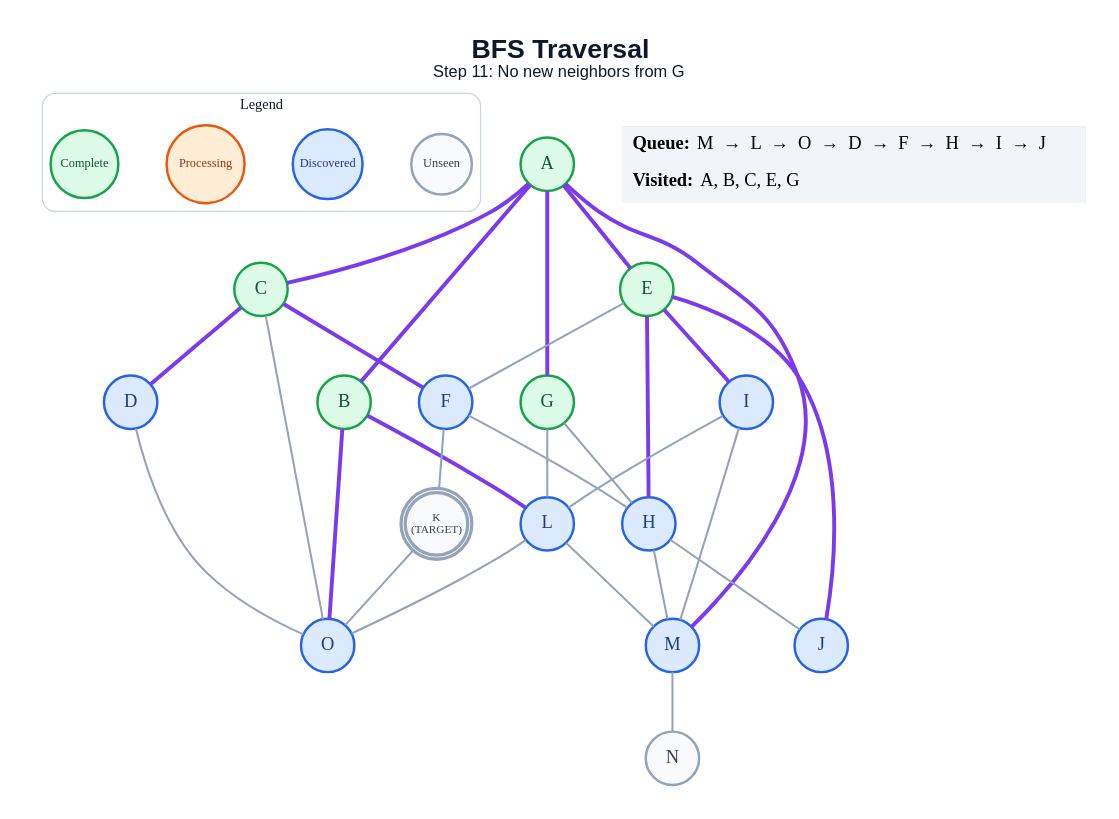
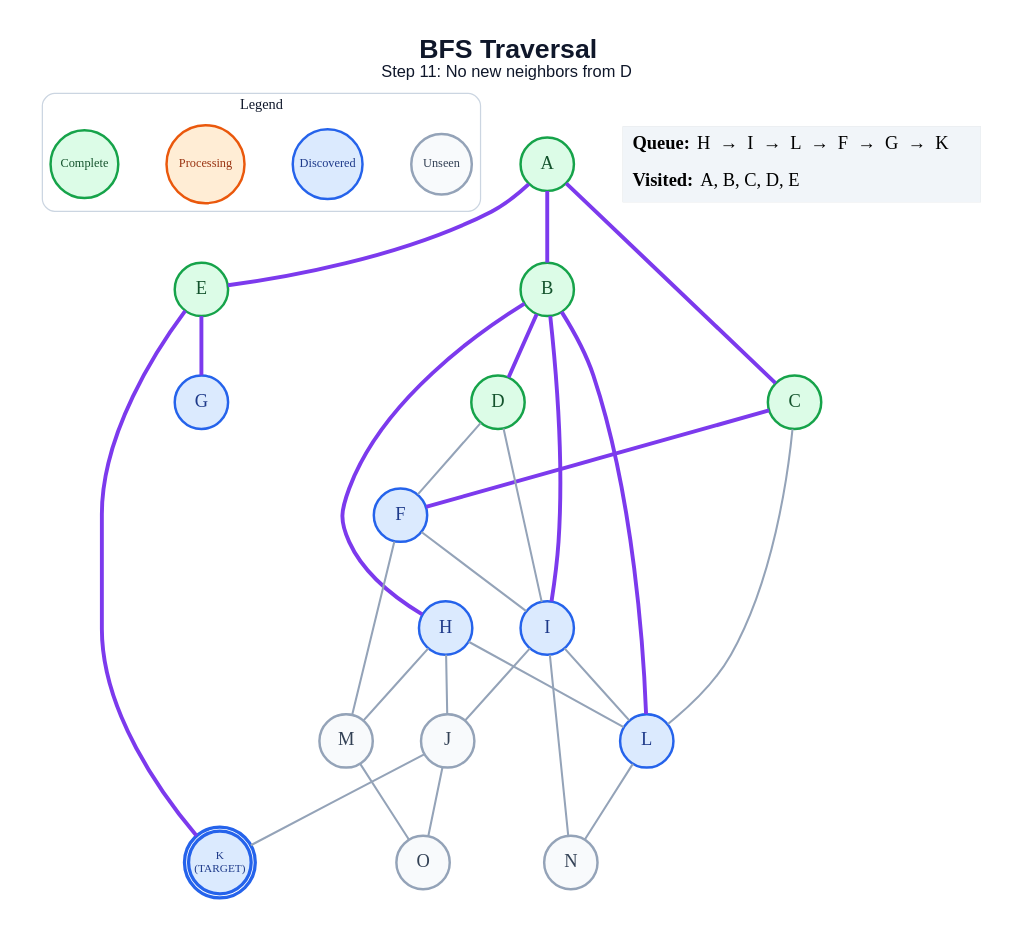
One commit to anon7238593-create/ai-slop changed the diagram in generated/specific-node/bfs/step_11.dot. Above: the diagram before and after it, drawn with Graphviz. The commit also changed 277 other files, not shown here.

```diff
--- a/generated/specific-node/bfs/step_11.dot
+++ b/generated/specific-node/bfs/step_11.dot
@@ -1,61 +1,59 @@
 graph traversal {
   graph [layout=dot, rankdir=TB, bgcolor="#FFFFFF", pad="0.35", nodesep="0.65", ranksep="0.8", fontname="Arial"];
   node [shape=circle, style="filled", fontname="Arial Bold", fontsize=18, width=0.72, fixedsize=true, penwidth=2.4];
   edge [color="#94A3B8", penwidth=2.0];
-  label=<<B>BFS Traversal</B><BR/><FONT POINT-SIZE="16">Step 11: No new neighbors from G</FONT>>; labelloc="t"; fontsize=26; fontname="Arial"; fontcolor="#0F172A";
+  label=<<B>BFS Traversal</B><BR/><FONT POINT-SIZE="16">Step 11: No new neighbors from D</FONT>>; labelloc="t"; fontsize=26; fontname="Arial"; fontcolor="#0F172A";
   subgraph cluster_legend { label="Legend"; color="#CBD5E1"; penwidth=1.2; style="rounded"; fontsize=14; fontname="Arial Bold";
     key_unseen [label="Unseen", fillcolor="#F8FAFC", color="#94A3B8", fontcolor="#334155", fontsize=12, width=0.82];
     key_frontier [label="Discovered", fillcolor="#DBEAFE", color="#2563EB", fontcolor="#1E3A8A", fontsize=12, width=0.95];
     key_current [label="Processing", fillcolor="#FFEDD5", color="#EA580C", fontcolor="#9A3412", fontsize=12, width=1.05];
     key_done [label="Complete", fillcolor="#DCFCE7", color="#16A34A", fontcolor="#14532D", fontsize=12, width=0.92];
     { rank=same; key_unseen; key_frontier; key_current; key_done; }
   }
   A [label="A", fillcolor="#DCFCE7", color="#16A34A", fontcolor="#14532D", peripheries=1, penwidth=2.4];
   B [label="B", fillcolor="#DCFCE7", color="#16A34A", fontcolor="#14532D", peripheries=1, penwidth=2.4];
   C [label="C", fillcolor="#DCFCE7", color="#16A34A", fontcolor="#14532D", peripheries=1, penwidth=2.4];
-  D [label="D", fillcolor="#DBEAFE", color="#2563EB", fontcolor="#1E3A8A", peripheries=1, penwidth=2.4];
+  D [label="D", fillcolor="#DCFCE7", color="#16A34A", fontcolor="#14532D", peripheries=1, penwidth=2.4];
   E [label="E", fillcolor="#DCFCE7", color="#16A34A", fontcolor="#14532D", peripheries=1, penwidth=2.4];
   F [label="F", fillcolor="#DBEAFE", color="#2563EB", fontcolor="#1E3A8A", peripheries=1, penwidth=2.4];
-  G [label="G", fillcolor="#DCFCE7", color="#16A34A", fontcolor="#14532D", peripheries=1, penwidth=2.4];
+  G [label="G", fillcolor="#DBEAFE", color="#2563EB", fontcolor="#1E3A8A", peripheries=1, penwidth=2.4];
   H [label="H", fillcolor="#DBEAFE", color="#2563EB", fontcolor="#1E3A8A", peripheries=1, penwidth=2.4];
   I [label="I", fillcolor="#DBEAFE", color="#2563EB", fontcolor="#1E3A8A", peripheries=1, penwidth=2.4];
-  J [label="J", fillcolor="#DBEAFE", color="#2563EB", fontcolor="#1E3A8A", peripheries=1, penwidth=2.4];
-  K [label="K\n(TARGET)", fillcolor="#F8FAFC", color="#94A3B8", fontcolor="#334155", peripheries=2, penwidth=3.2, fontsize=11, width=0.85, height=0.85];
+  J [label="J", fillcolor="#F8FAFC", color="#94A3B8", fontcolor="#334155", peripheries=1, penwidth=2.4];
+  K [label="K\n(TARGET)", fillcolor="#DBEAFE", color="#2563EB", fontcolor="#1E3A8A", peripheries=2, penwidth=3.2, fontsize=11, width=0.85, height=0.85];
   L [label="L", fillcolor="#DBEAFE", color="#2563EB", fontcolor="#1E3A8A", peripheries=1, penwidth=2.4];
-  M [label="M", fillcolor="#DBEAFE", color="#2563EB", fontcolor="#1E3A8A", peripheries=1, penwidth=2.4];
+  M [label="M", fillcolor="#F8FAFC", color="#94A3B8", fontcolor="#334155", peripheries=1, penwidth=2.4];
   N [label="N", fillcolor="#F8FAFC", color="#94A3B8", fontcolor="#334155", peripheries=1, penwidth=2.4];
-  O [label="O", fillcolor="#DBEAFE", color="#2563EB", fontcolor="#1E3A8A", peripheries=1, penwidth=2.4];
+  O [label="O", fillcolor="#F8FAFC", color="#94A3B8", fontcolor="#334155", peripheries=1, penwidth=2.4];
   A -- B [color="#7C3AED", penwidth=3.8];
   A -- C [color="#7C3AED", penwidth=3.8];
   A -- E [color="#7C3AED", penwidth=3.8];
-  A -- G [color="#7C3AED", penwidth=3.8];
-  A -- M [color="#7C3AED", penwidth=3.8];
+  B -- D [color="#7C3AED", penwidth=3.8];
+  B -- H [color="#7C3AED", penwidth=3.8];
+  B -- I [color="#7C3AED", penwidth=3.8];
   B -- L [color="#7C3AED", penwidth=3.8];
-  B -- O [color="#7C3AED", penwidth=3.8];
-  C -- D [color="#7C3AED", penwidth=3.8];
   C -- F [color="#7C3AED", penwidth=3.8];
-  C -- O;
-  D -- O;
-  E -- F;
-  E -- H [color="#7C3AED", penwidth=3.8];
-  E -- I [color="#7C3AED", penwidth=3.8];
-  E -- J [color="#7C3AED", penwidth=3.8];
-  F -- H;
-  F -- K;
-  G -- H;
-  G -- L;
+  C -- L;
+  D -- F;
+  D -- I;
+  E -- G [color="#7C3AED", penwidth=3.8];
+  E -- K [color="#7C3AED", penwidth=3.8];
+  F -- I;
+  F -- M;
   H -- J;
+  H -- L;
   H -- M;
+  I -- J;
   I -- L;
-  I -- M;
-  K -- O;
-  L -- M;
-  L -- O;
-  M -- N;
+  I -- N;
+  J -- K;
+  J -- O;
+  L -- N;
+  M -- O;
   status [shape=plain, fixedsize=false, width=0, height=0, margin=0, label=<
     <TABLE BORDER="0" CELLBORDER="0" CELLPADDING="7" BGCOLOR="#F1F5F9">
-      <TR><TD ALIGN="LEFT"><B>Queue:</B> M  →  L  →  O  →  D  →  F  →  H  →  I  →  J</TD></TR>
-      <TR><TD ALIGN="LEFT"><B>Visited:</B> A, B, C, E, G</TD></TR>
+      <TR><TD ALIGN="LEFT"><B>Queue:</B> H  →  I  →  L  →  F  →  G  →  K</TD></TR>
+      <TR><TD ALIGN="LEFT"><B>Visited:</B> A, B, C, D, E</TD></TR>
     </TABLE>
   >];
 }
```
